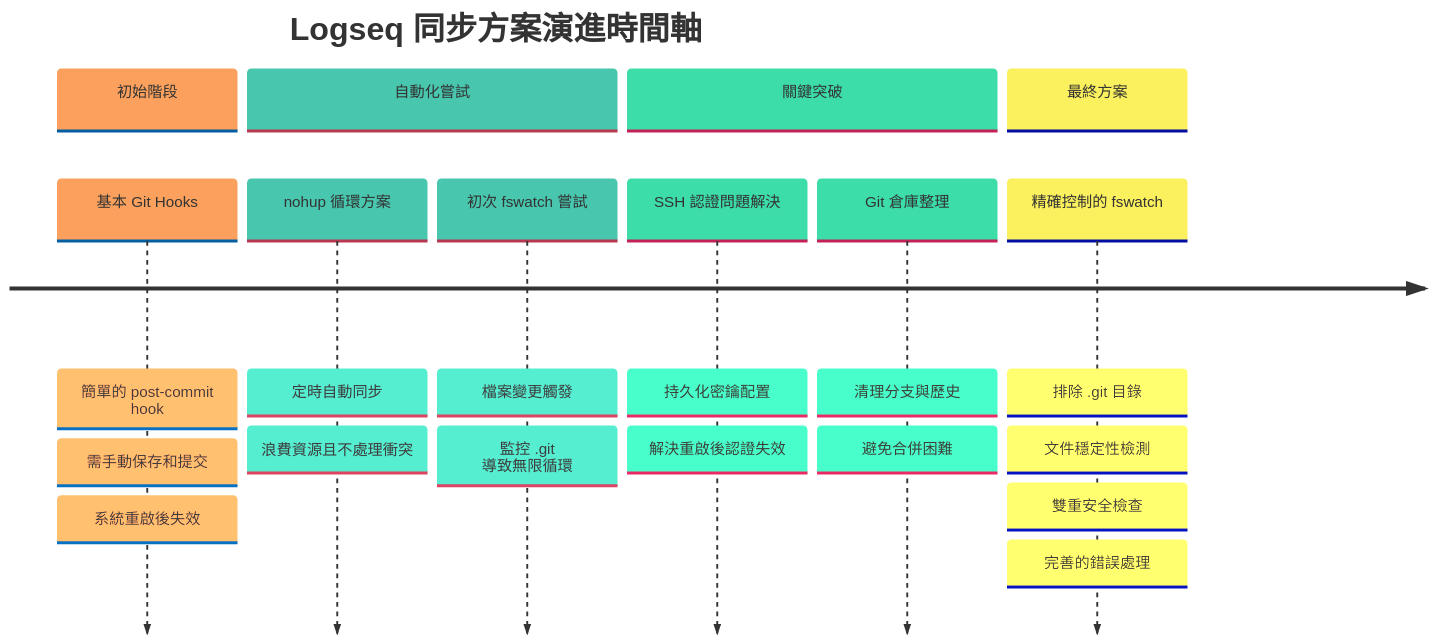
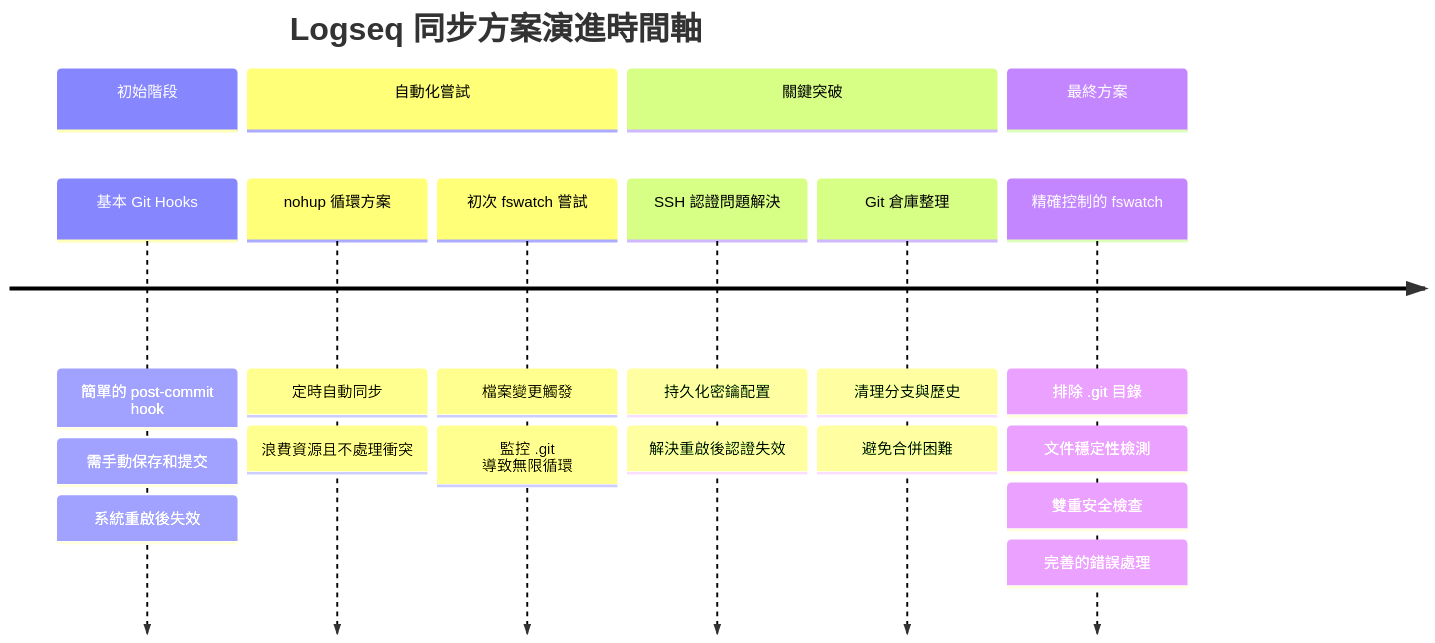
The first of 2 diagrams in Logseq同步方案演進記錄.md (GengGeng026/Sync-Logseq), drawn with Mermaid before and after one commit.

Commit message:
Auto-sync: Wed Mar 26 09:53:11 +08 2025

````diff
--- a/Logseq同步方案演進記錄.md
+++ b/Logseq同步方案演進記錄.md
@@ -24,38 +24,38 @@
 ```mermaid
 %%{init: {
   'theme': 'base', 
   'themeVariables': {
     'primaryColor': '#FEE9D9',
     'secondaryColor': '#A9E4D9',
     'tertiaryColor': '#A9F0D9',
     'lineColor': '#A9D9D9',
     'primaryBorderColor': '#A9D9D9',
     'background': 'transparent',
     'clusterBkg': 'transparent',
     'titleColor': '#FEE9D9',
     'fontFamily': 'default',
-    'size': '100%'
+    'fontSize': '
   }
 }}%%
 timeline
     title Logseq 同步方案演進時間軸
     section 初始階段
         基本 Git Hooks : 簡單的 post-commit hook
         : 需手動保存和提交
         : 系統重啟後失效
     section 自動化嘗試
         nohup 循環方案 : 定時自動同步
         : 浪費資源且不處理衝突
         初次 fswatch 嘗試 : 檔案變更觸發
         : 監控 .git 導致無限循環
     section 關鍵突破
         SSH 認證問題解決 : 持久化密鑰配置
         : 解決重啟後認證失效
         Git 倉庫整理 : 清理分支與歷史
         : 避免合併困難
     section 最終方案
         精確控制的 fswatch : 排除 .git 目錄
         : 文件穩定性檢測
         : 雙重安全檢查
         : 完善的錯誤處理
 ```
````
